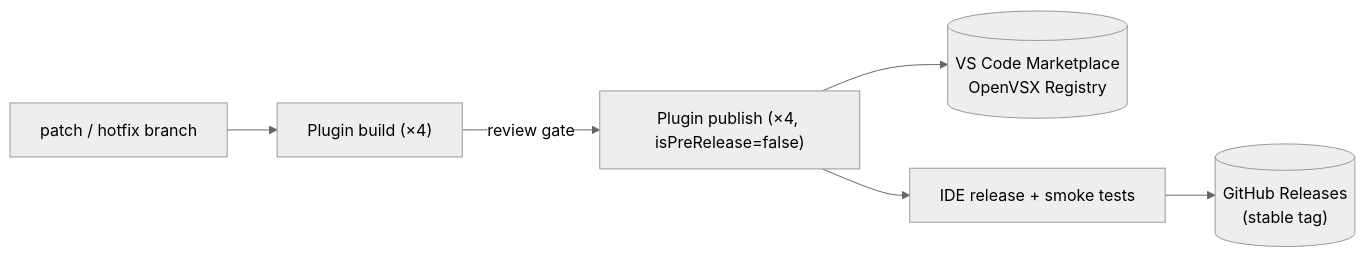
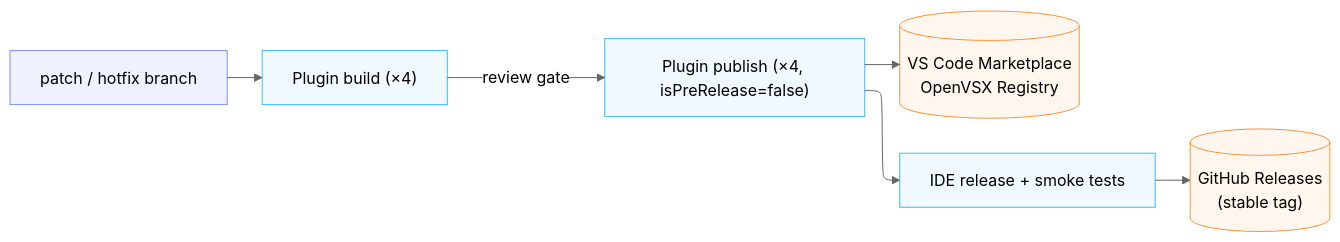
The fifth of 5 diagrams in docs/cicd-pipelines.md (NipunaRanasinghe/wso2i-process-guides), drawn with Mermaid (neutral theme) before and after one commit. The commit also changed other lines of this file and 1 other file, not shown here.

Commit message:
Enhance CI/CD and component architecture documentation with improved Mermaid diagram clarity and structure

````diff
--- a/docs/cicd-pipelines.md
+++ b/docs/cicd-pipelines.md
@@ -75,7 +91,11 @@
 ```mermaid
+%%{init: {"layout": "elk"}}%%
 graph LR
-    M["patch / hotfix branch"] --> PB["Plugin build (×4)"]
-    PB -->|review gate| PP["Plugin publish (×4, isPreRelease=false)"]
-    PP --> MK[("VS Code Marketplace<br>OpenVSX Registry")]
-    PP --> BA["IDE release + smoke tests"] --> GR[("GitHub Releases<br>(stable tag)")]
+    M["patch / hotfix branch"]:::trigger --> PB["Plugin build (×4)"]:::stage
+    PB -->|review gate| PP["Plugin publish (×4, isPreRelease=false)"]:::stage
+    PP --> MK[("VS Code Marketplace<br>OpenVSX Registry")]:::artifact
+    PP --> BA["IDE release + smoke tests"]:::stage --> GR[("GitHub Releases<br>(stable tag)")]:::artifact
+    classDef trigger stroke:#818cf8,fill:#eef2ff
+    classDef stage stroke:#38bdf8,fill:#f0f9ff
+    classDef artifact stroke:#fb923c,fill:#fff7ed
 ```
````
